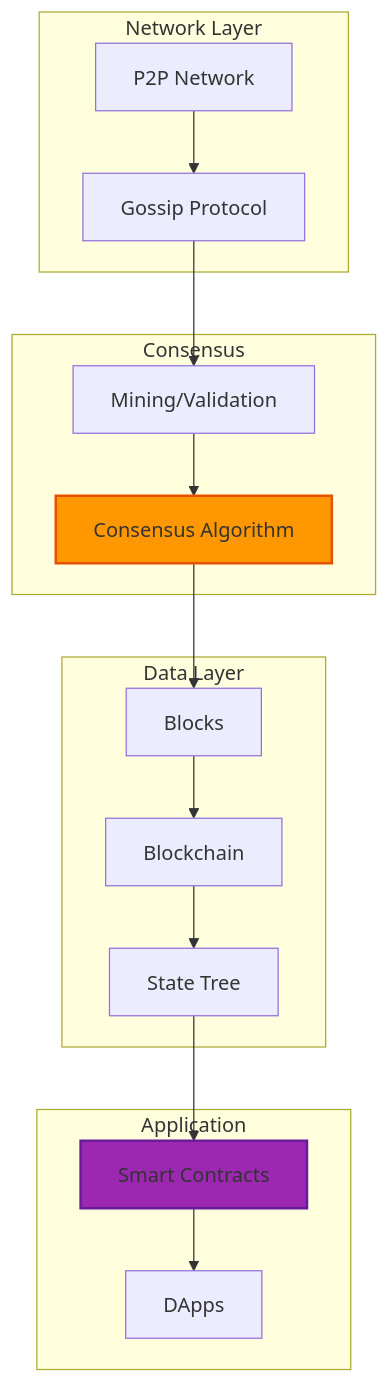
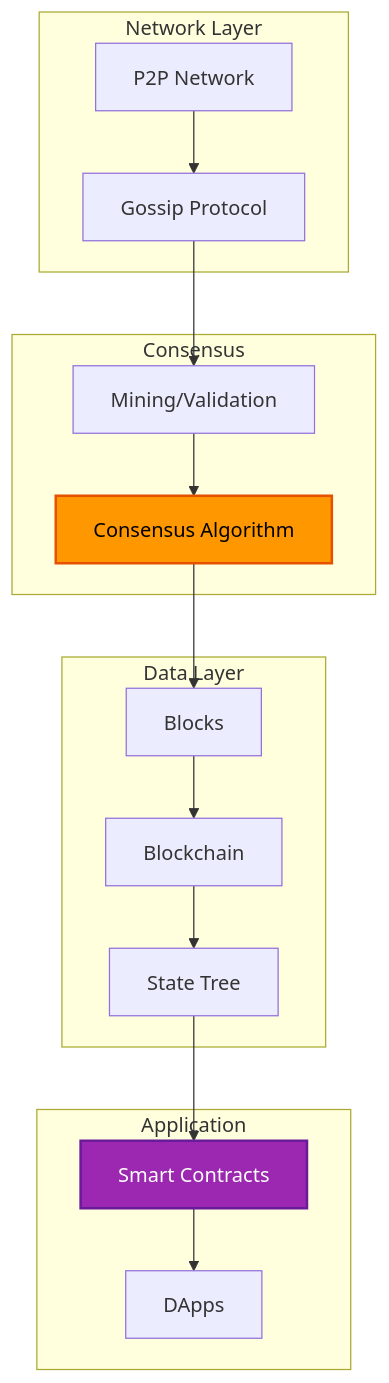
The diagram in src/posts/2024-10-10-blockchain-beyond-cryptocurrency.md (williamzujkowski/williamzujkowski.github.io), drawn with Mermaid before and after one commit. The commit also changed 40 other files, not shown here.

First line of the commit message:
fix(blog): add explicit text color to all mermaid classDef/style (#171)

````diff
--- a/src/posts/2024-10-10-blockchain-beyond-cryptocurrency.md
+++ b/src/posts/2024-10-10-blockchain-beyond-cryptocurrency.md
@@ -28,37 +28,37 @@
 ```mermaid
 flowchart TD
     subgraph network["Network Layer"]
         P2P[P2P Network]
         Gossip[Gossip Protocol]
     end
 
     subgraph consensus["Consensus"]
         Mining[Mining/Validation]
         Consensus[Consensus Algorithm]
     end
 
     subgraph data["Data Layer"]
         Blocks[Blocks]
         Chain[Blockchain]
         State[State Tree]
     end
 
     subgraph app["Application"]
         Smart[Smart Contracts]
         DApp[DApps]
     end
 
     P2P --> Gossip
     Gossip --> Mining
     Mining --> Consensus
     Consensus --> Blocks
     Blocks --> Chain
     Chain --> State
     State --> Smart
     Smart --> DApp
 
-    classDef orange fill:#ff9800,stroke:#e65100,stroke-width:2px
-    classDef purple fill:#9c27b0,stroke:#6a1b9a,stroke-width:2px
+    classDef orange fill:#ff9800,color:#000,stroke:#e65100,stroke-width:2px
+    classDef purple fill:#9c27b0,color:#fff,stroke:#6a1b9a,stroke-width:2px
     class Consensus orange
     class Smart purple
 ```
````
